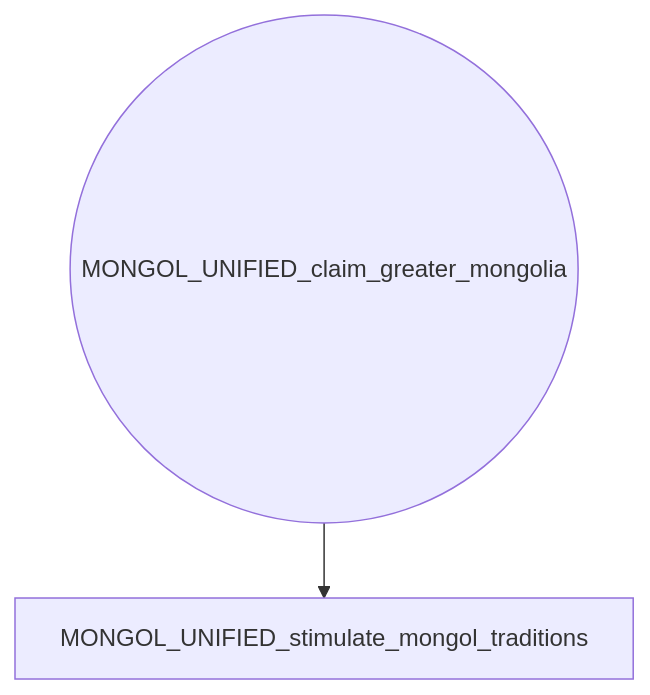
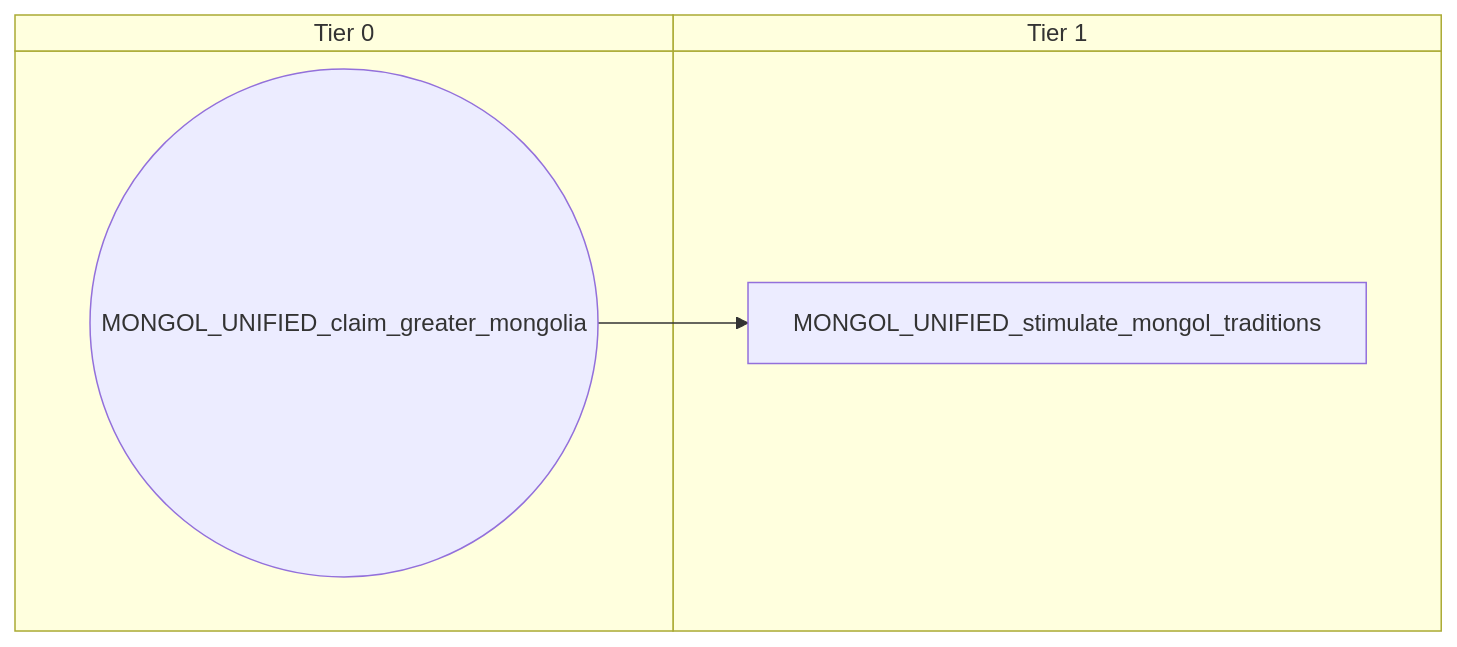
The diagram in docs/gdd/National Focuses/r56/r56_mongol_shared.md (evgeny-sobol/hoi4-sandbox-mode-r56), drawn with Mermaid before and after one commit. The commit also changed 423 other files, not shown here.

First line of the commit message:
Re-export Rt56 focus trees as swimlane diagrams

````diff
--- a/docs/gdd/National Focuses/r56/r56_mongol_shared.md
+++ b/docs/gdd/National Focuses/r56/r56_mongol_shared.md
@@ -3,6 +3,10 @@
 ```mermaid
-flowchart TD
-    n1(("MONGOL_UNIFIED_claim_greater_mongolia"))
-    n2["MONGOL_UNIFIED_stimulate_mongol_traditions"]
+swimlane-beta TD
+    subgraph tier_0["Tier 0"]
+        n1(("MONGOL_UNIFIED_claim_greater_mongolia"))
+    end
+    subgraph tier_1["Tier 1"]
+        n2["MONGOL_UNIFIED_stimulate_mongol_traditions"]
+    end
     n1 --> n2
 ```
````
